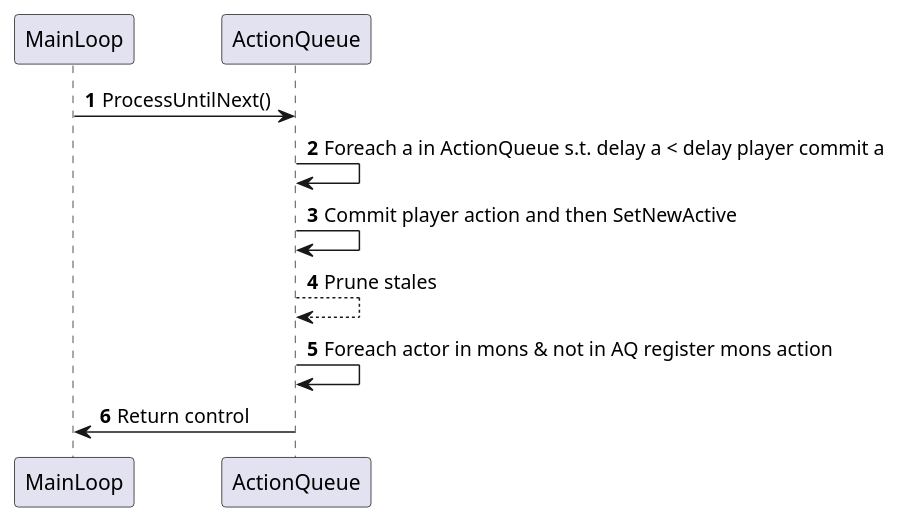
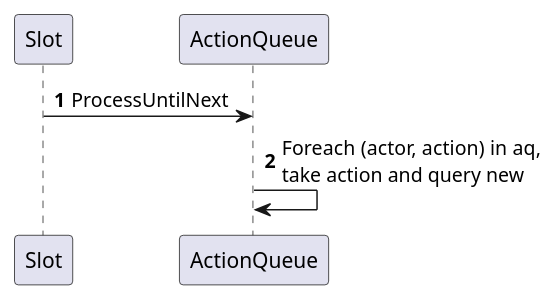
The diagram in Design diagrams/Sequence Diagrams/action_queue.puml (Hraelzyr/helene-rust), drawn with PlantUML before and after one commit. The commit also changed 19 other files, not shown here.

First line of the commit message:
Sequence diagrams modified for signal-slots.

```diff
--- a/Design diagrams/Sequence Diagrams/action_queue.puml
+++ b/Design diagrams/Sequence Diagrams/action_queue.puml
@@ -1,12 +1,11 @@
 @startuml
 'https://plantuml.com/sequence-diagram
 
 autonumber
 
-MainLoop -> ActionQueue: ProcessUntilNext()
-ActionQueue -> ActionQueue: Foreach a in ActionQueue s.t. delay a < delay player commit a
-ActionQueue -> ActionQueue: Commit player action and then SetNewActive
-ActionQueue --> ActionQueue: Prune stales
-ActionQueue -> ActionQueue: Foreach actor in mons & not in AQ register mons action
-ActionQueue -> MainLoop: Return control
+Slot -> ActionQueue: ProcessUntilNext
+ActionQueue -> ActionQueue: Foreach (actor, action) in aq, \ntake action and query new
+'ActionQueue -> ActionQueue: Commit player action and then SetNewActive
+'ActionQueue --> ActionQueue: Prune stales
+'ActionQueue -> Signal: Return control
 @enduml
```
